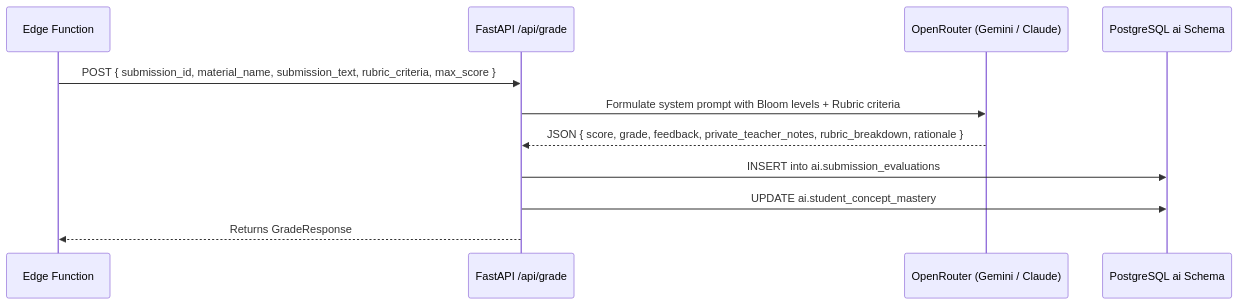
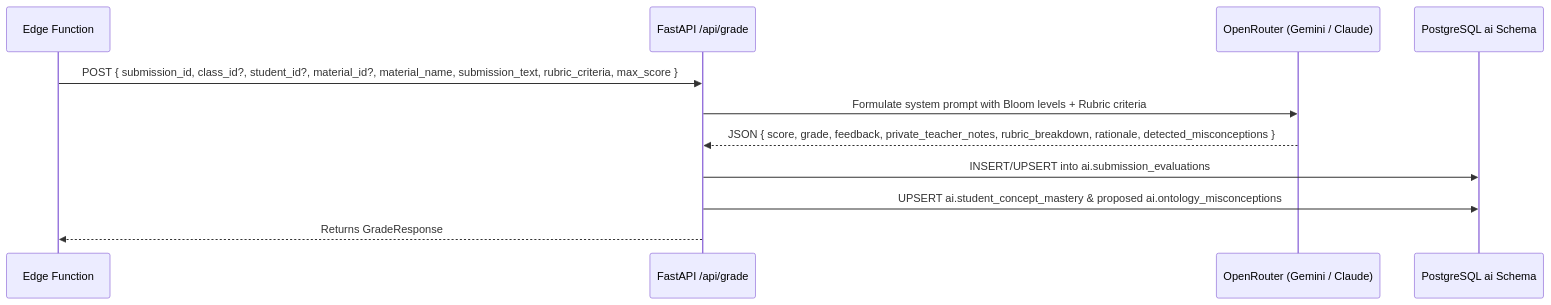
Before and after one commit to VictorBravo9er/Teacher-Assistant-Workspace: the second of 3 diagrams in docs/knowledge_store/submissions_store.md, drawn with Mermaid. The commit also changed other lines of this file and 43 other files, not shown here.

````diff
--- a/docs/knowledge_store/submissions_store.md
+++ b/docs/knowledge_store/submissions_store.md
@@ -57,14 +58,14 @@
 ```mermaid
 sequenceDiagram
     participant Edge as Edge Function
     participant API as FastAPI /api/grade
     participant LLM as OpenRouter (Gemini / Claude)
     participant DB as PostgreSQL ai Schema
 
-    Edge->>API: POST { submission_id, material_name, submission_text, rubric_criteria, max_score }
+    Edge->>API: POST { submission_id, class_id?, student_id?, material_id?, material_name, submission_text, rubric_criteria, max_score }
     API->>LLM: Formulate system prompt with Bloom levels + Rubric criteria
-    LLM-->>API: JSON { score, grade, feedback, private_teacher_notes, rubric_breakdown, rationale }
-    API->>DB: INSERT into ai.submission_evaluations
-    API->>DB: UPDATE ai.student_concept_mastery
+    LLM-->>API: JSON { score, grade, feedback, private_teacher_notes, rubric_breakdown, rationale, detected_misconceptions }
+    API->>DB: INSERT/UPSERT into ai.submission_evaluations
+    API->>DB: UPSERT ai.student_concept_mastery & proposed ai.ontology_misconceptions
     API-->>Edge: Returns GradeResponse
 ```
````
